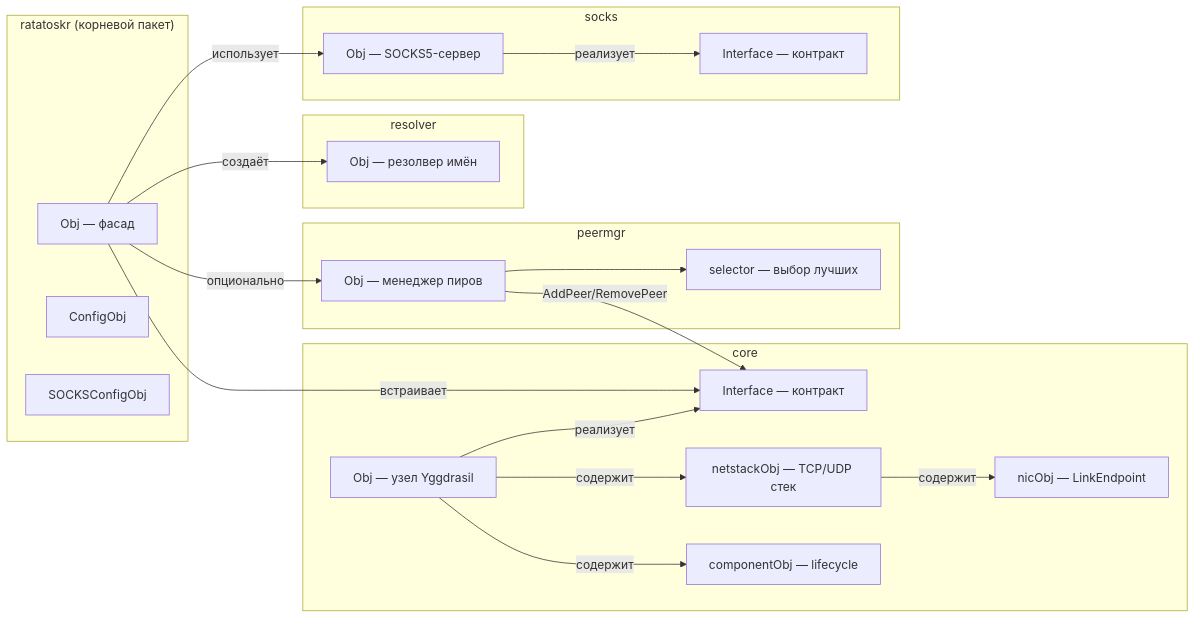
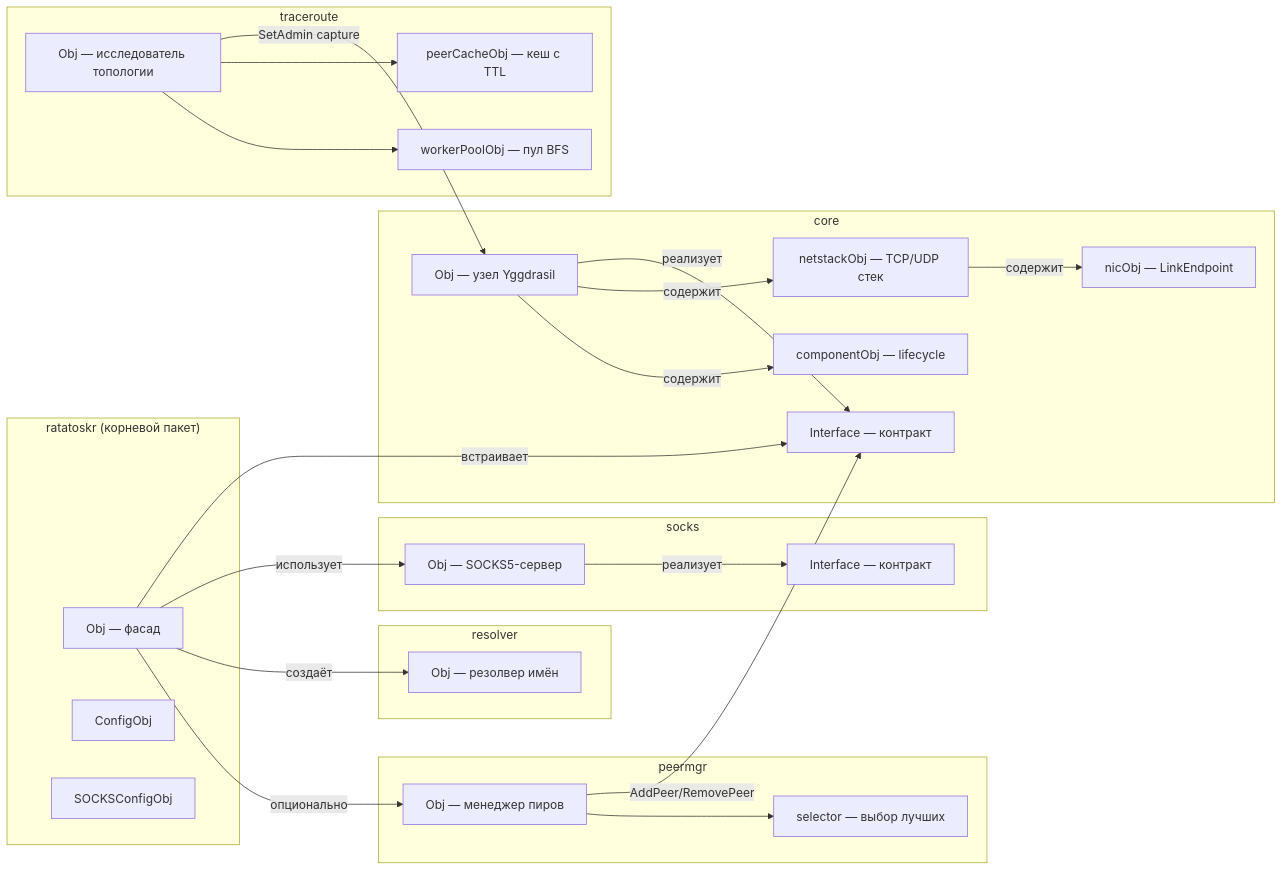
Before and after one commit to voluminor/ratatoskr: the fourth of 14 diagrams in README.RU.md, drawn with Mermaid. The commit also changed other lines of this file and 47 other files, not shown here.

````diff
--- a/README.RU.md
+++ b/README.RU.md
@@ -255,42 +264,51 @@
 ```mermaid
 graph LR
 subgraph "ratatoskr (корневой пакет)"
 A[Obj — фасад]
 B[ConfigObj]
 C[SOCKSConfigObj]
 end
 
 subgraph "core"
 D[Obj — узел Yggdrasil]
 E[Interface — контракт]
 F[netstackObj — TCP/UDP стек]
 G[nicObj — LinkEndpoint]
 H[componentObj — lifecycle]
 end
 
 subgraph "peermgr"
 PM[Obj — менеджер пиров]
 SEL[selector — выбор лучших]
 end
 
 subgraph "resolver"
 I[Obj — резолвер имён]
 end
 
 subgraph "socks"
 J[Obj — SOCKS5-сервер]
 K[Interface — контракт]
 end
 
+subgraph "traceroute"
+TR[Obj — исследователь топологии]
+CACHE[peerCacheObj — кеш с TTL]
+POOL[workerPoolObj — пул BFS]
+end
+
 A -->|встраивает|E
 A -->|использует|J
 A -->|создаёт|I
 A -->|опционально|PM
 PM -->|AddPeer/RemovePeer|E
 PM --> SEL
 D -->|реализует|E
 D -->|содержит|F
 F -->|содержит|G
 D -->|содержит|H
 J -->|реализует|K
+TR -->|SetAdmin capture|D
+TR --> CACHE
+TR --> POOL
 ```
````
